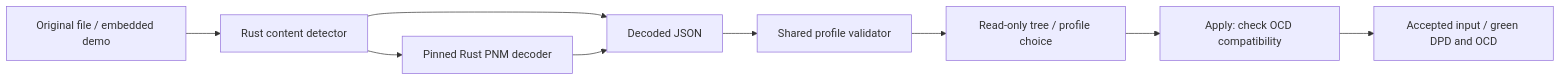
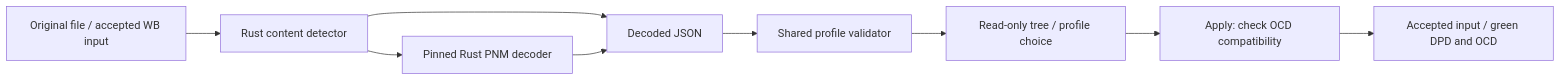
Before and after one commit to mgarcia01752/merlin: the diagram in docs/user/measurement-inputs/modulation-profile.md, drawn with Mermaid. The commit also changed other lines of this file and 17 other files, not shown here.

````diff
--- a/docs/user/measurement-inputs/modulation-profile.md
+++ b/docs/user/measurement-inputs/modulation-profile.md
@@ -8,9 +8,9 @@
 ```mermaid
 flowchart LR
-    FILE["Original file / embedded demo"] --> DETECT["Rust content detector"]
+    FILE["Original file / accepted WB input"] --> DETECT["Rust content detector"]
     DETECT --> BINARY["Pinned Rust PNM decoder"]
     DETECT --> JSON["Decoded JSON"]
     BINARY --> JSON --> CHECK["Shared profile validator"]
     CHECK --> DRAFT["Read-only tree / profile choice"]
     DRAFT --> APPLY["Apply: check OCD compatibility"] --> ACCEPT["Accepted input / green DPD and OCD"]
 ```
````
